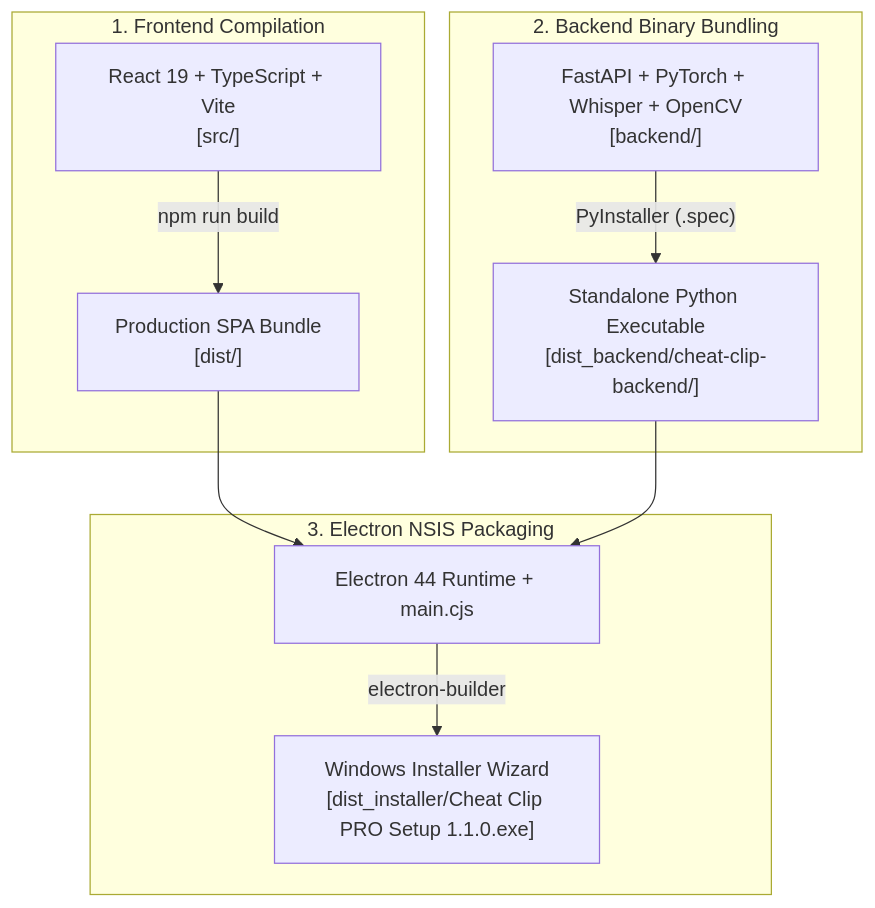
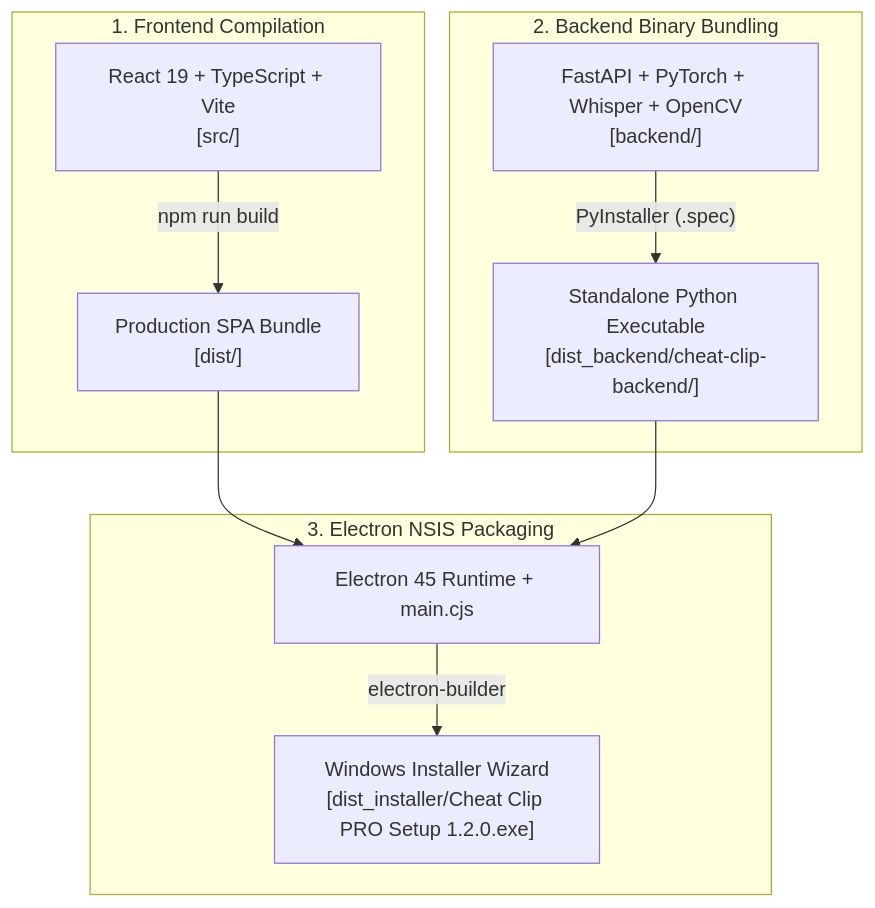
One commit to Bayunity-Brkhstd/clip changed the diagram in dokumentasi/installapk.md. Above: the diagram before and after it, drawn with Mermaid. The commit also changed other lines of this file and 2 other files, not shown here.

````diff
--- a/dokumentasi/installapk.md
+++ b/dokumentasi/installapk.md
@@ -43,17 +45,17 @@
 ```mermaid
 flowchart TD
     subgraph S1["1. Frontend Compilation"]
         src_ui["React 19 + TypeScript + Vite<br/>[src/]"] -->|"npm run build"| dist_ui["Production SPA Bundle<br/>[dist/]"]
     end
 
     subgraph S2["2. Backend Binary Bundling"]
         src_py["FastAPI + PyTorch + Whisper + OpenCV<br/>[backend/]"] -->|"PyInstaller (.spec)"| dist_py["Standalone Python Executable<br/>[dist_backend/cheat-clip-backend/]"]
     end
 
     subgraph S3["3. Electron NSIS Packaging"]
-        electron_core["Electron 44 Runtime + main.cjs"]
+        electron_core["Electron 45 Runtime + main.cjs"]
         dist_ui --> electron_core
         dist_py --> electron_core
-        electron_core -->|"electron-builder"| installer_exe["Windows Installer Wizard<br/>[dist_installer/Cheat Clip PRO Setup 1.1.0.exe]"]
+        electron_core -->|"electron-builder"| installer_exe["Windows Installer Wizard<br/>[dist_installer/Cheat Clip PRO Setup 1.2.0.exe]"]
     end
 ```
````
